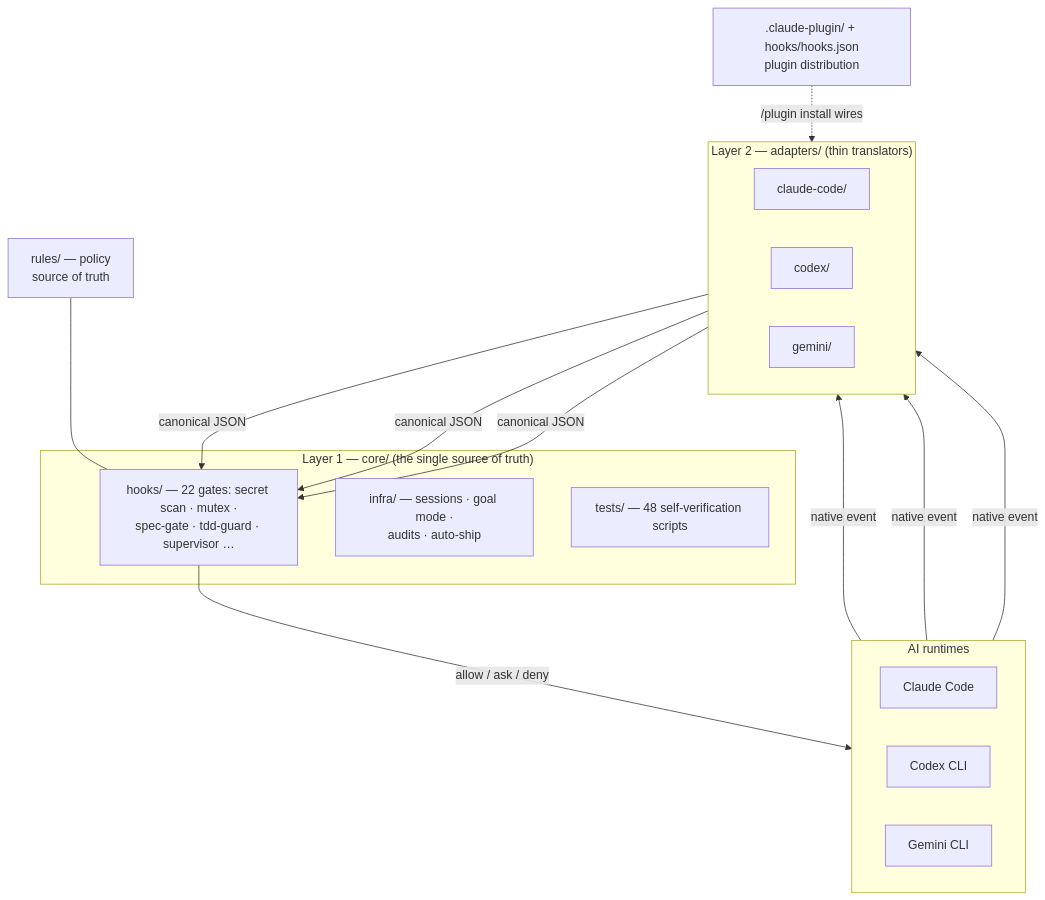
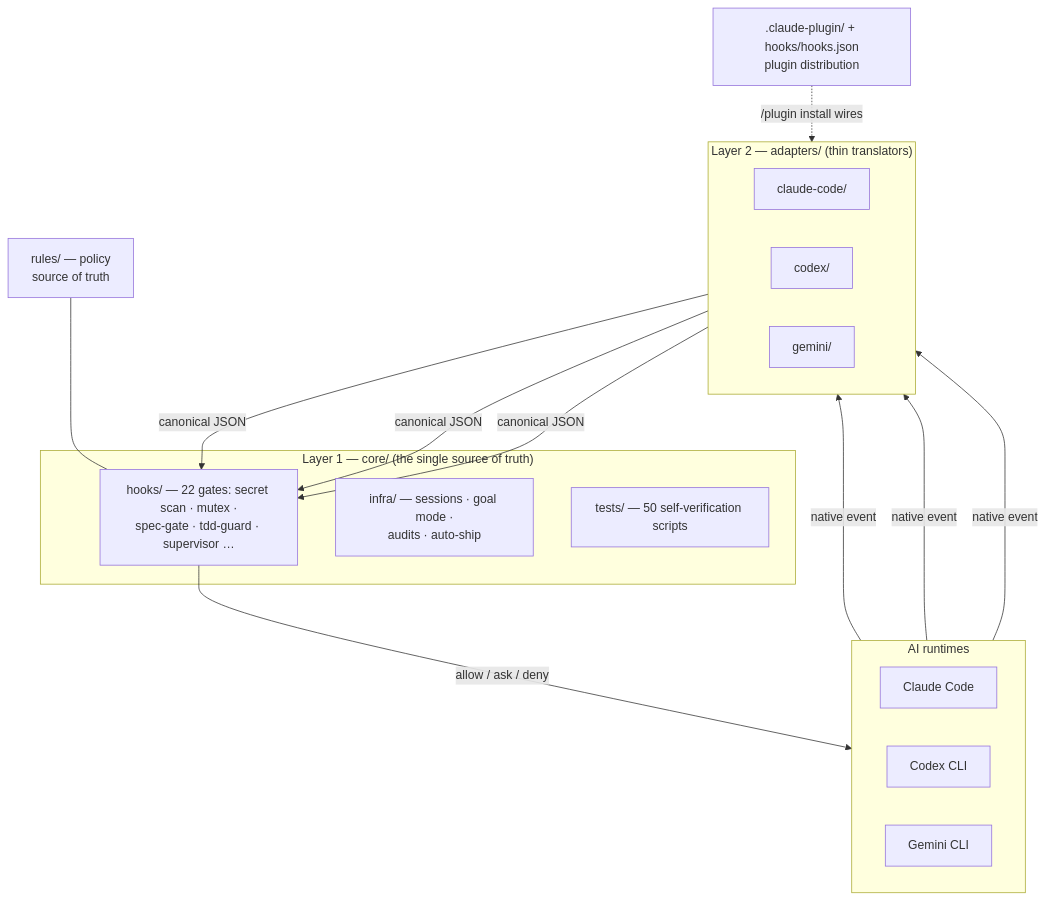
One commit to joymin5655/Agent changed the second of 5 diagrams in README.md. Above: the diagram before and after it, drawn with Mermaid. The commit also changed other lines of this file and 7 other files, not shown here.

````diff
--- a/README.md
+++ b/README.md
@@ -215,32 +215,32 @@
 ```mermaid
 flowchart TB
     subgraph RT["AI runtimes"]
         direction LR
         CC["Claude Code"]
         CX["Codex CLI"]
         GM["Gemini CLI"]
     end
     subgraph AD["Layer 2 — adapters/ (thin translators)"]
         direction LR
         A1["claude-code/"]
         A2["codex/"]
         A3["gemini/"]
     end
     subgraph CORE["Layer 1 — core/ (the single source of truth)"]
         H["hooks/ — 22 gates: secret scan · mutex ·<br/>spec-gate · tdd-guard · supervisor …"]
         I["infra/ — sessions · goal mode ·<br/>audits · auto-ship"]
-        T["tests/ — 48 self-verification scripts"]
+        T["tests/ — 50 self-verification scripts"]
     end
     R["rules/ — policy<br/>source of truth"]
     PLUG[".claude-plugin/ + hooks/hooks.json<br/>plugin distribution"]
 
     CC -->|native event| A1
     CX -->|native event| A2
     GM -->|native event| A3
     A1 -->|canonical JSON| H
     A2 -->|canonical JSON| H
     A3 -->|canonical JSON| H
     H -->|"allow / ask / deny"| RT
     R --- H
     PLUG -. "/plugin install wires" .-> A1
 ```
````
